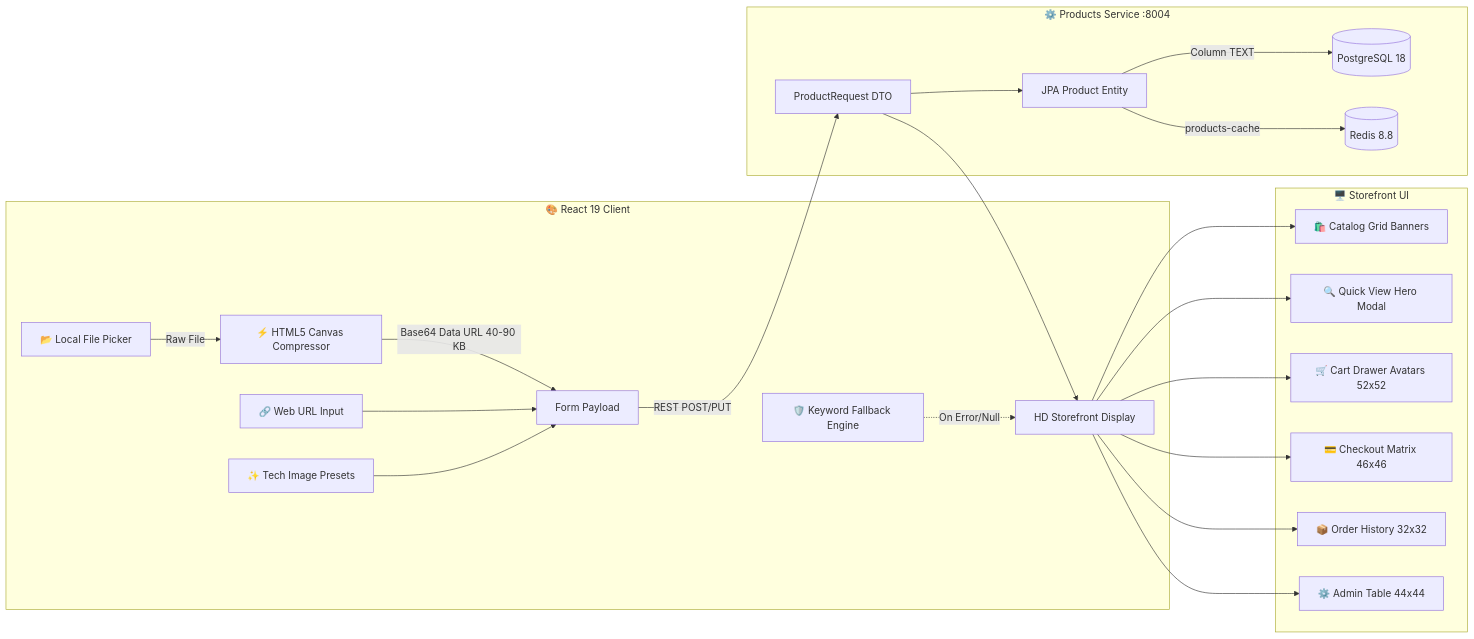
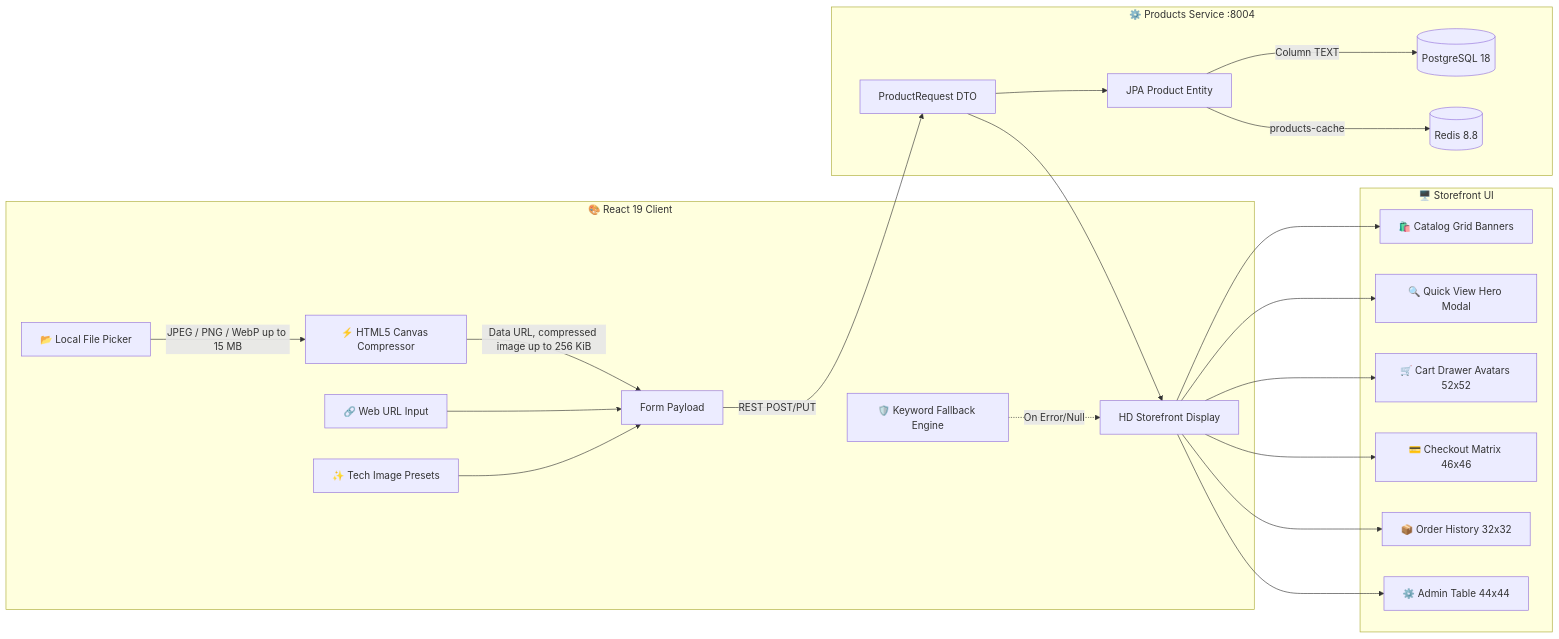
Before and after one commit to GeorgeGxx/microservices-architecture: the third of 6 diagrams in docs/ARCHITECTURE.md, drawn with Mermaid. The commit also changed other lines of this file and 20 other files, not shown here.

````diff
--- a/docs/ARCHITECTURE.md
+++ b/docs/ARCHITECTURE.md
@@ -298,27 +298,27 @@
 ```mermaid
 flowchart LR
     subgraph Client["🎨 React 19 Client"]
-        A[📂 Local File Picker] -->|Raw File| B[⚡ HTML5 Canvas Compressor]
-        B -->|Base64 Data URL 40-90 KB| C[Form Payload]
+        A[📂 Local File Picker] -->|JPEG / PNG / WebP up to 15 MB| B[⚡ HTML5 Canvas Compressor]
+        B -->|Data URL, compressed image up to 256 KiB| C[Form Payload]
         D[🔗 Web URL Input] --> C
         E[✨ Tech Image Presets] --> C
         F[🛡️ Keyword Fallback Engine] -.->|On Error/Null| G[HD Storefront Display]
     end
 
     subgraph Backend["⚙️ Products Service :8004"]
         C -->|REST POST/PUT| H[ProductRequest DTO]
         H --> I[JPA Product Entity]
         I -->|Column TEXT| J[(PostgreSQL 18)]
         I -->|products-cache| K[(Redis 8.8)]
     end
 
     subgraph Views["🖥️ Storefront UI"]
         H --> G
         G --> V1[🛍️ Catalog Grid Banners]
         G --> V2[🔍 Quick View Hero Modal]
         G --> V3[🛒 Cart Drawer Avatars 52x52]
         G --> V4[💳 Checkout Matrix 46x46]
         G --> V5[📦 Order History 32x32]
         G --> V6[⚙️ Admin Table 44x44]
     end
 ```
````
